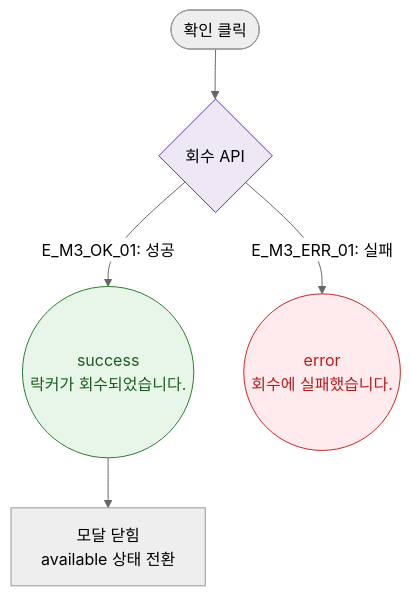
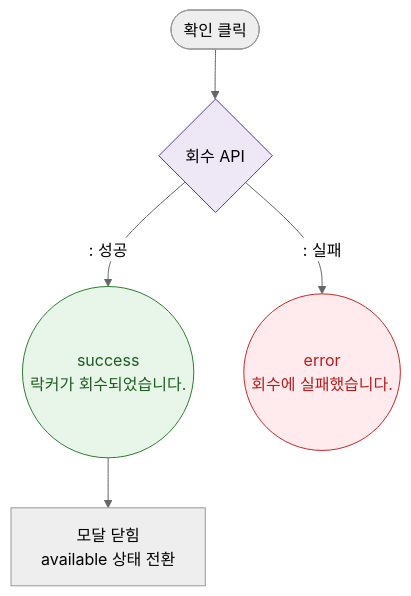
One commit to dev-spogym/admin-pando changed the diagram in docs/다이어그램/D06_시설관리/DLG/DLG-050-003_락커회수확인/M3_결과분기.md. Above: the diagram before and after it, drawn with Mermaid (neutral theme). The commit also changed other lines of this file and 1660 other files, not shown here.

First line of the commit message:
다이어그램: 기획자/클라이언트 납품본으로 정리

````diff
--- a/docs/다이어그램/D06_시설관리/DLG/DLG-050-003_락커회수확인/M3_결과분기.md
+++ b/docs/다이어그램/D06_시설관리/DLG/DLG-050-003_락커회수확인/M3_결과분기.md
@@ -16,14 +14,14 @@
 ```mermaid
 flowchart TD
     ACTION([확인 클릭]) --> RevokeAPI{회수 API}
-    RevokeAPI -->|"E_M3_OK_01: 성공"| SuccessToast((success\n락커가 회수되었습니다.))
-    RevokeAPI -->|"E_M3_ERR_01: 실패"| ErrorToast((error\n회수에 실패했습니다.))
+    RevokeAPI -->|": 성공"|SuccessToast((success\n락커가 회수되었습니다.))
+    RevokeAPI -->|": 실패"|ErrorToast((error\n회수에 실패했습니다.))
     SuccessToast --> CLOSE[모달 닫힘\navailable 상태 전환]
 
     classDef success fill:#E8F5E9,stroke:#2E7D32,color:#1B5E20
     classDef error fill:#FFEBEE,stroke:#C62828,color:#B71C1C
     classDef system fill:#EDE7F6,stroke:#5E35B2
     class SuccessToast success
     class ErrorToast error
     class RevokeAPI system
 ```
````
